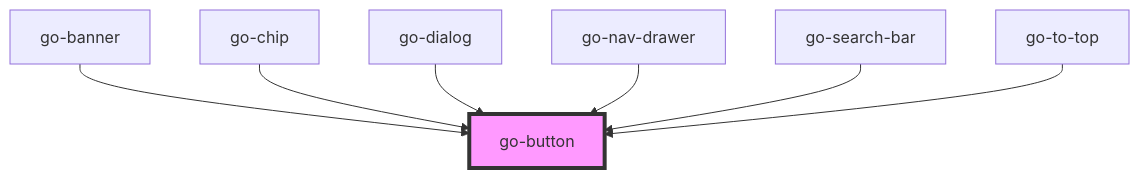
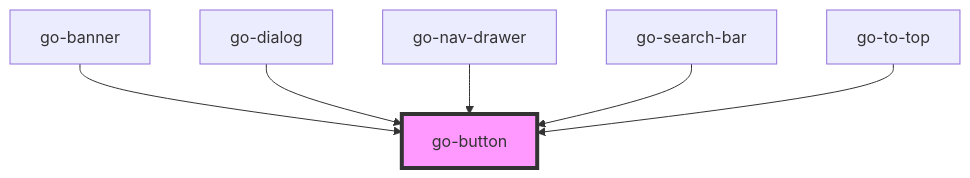
The diagram in src/components/go-button/readme.md (getgoui/go-ui), drawn with Mermaid before and after one commit. The commit also changed other lines of this file and 2 other files, not shown here.

````diff
--- a/src/components/go-button/readme.md
+++ b/src/components/go-button/readme.md
@@ -54,10 +53,9 @@
 ```mermaid
 graph TD;
   go-banner --> go-button
-  go-chip --> go-button
   go-dialog --> go-button
   go-nav-drawer --> go-button
   go-search-bar --> go-button
   go-to-top --> go-button
   style go-button fill:#f9f,stroke:#333,stroke-width:4px
 ```
````
